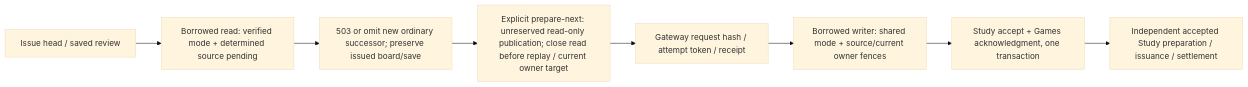
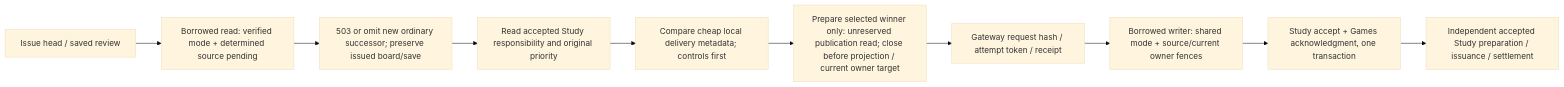
The sixth of 7 diagrams in backend/app/product_composition/README.md (aaweaver-actuary/tempo), drawn with Mermaid (base theme) before and after one commit. The commit also changed other lines of this file and 7 other files, not shown here.

````diff
--- a/backend/app/product_composition/README.md
+++ b/backend/app/product_composition/README.md
@@ -430,10 +430,12 @@
 ```mermaid
 flowchart LR
   Head["Issue head / saved review"] --> Hint["Borrowed read: verified mode + determined source pending"]
   Hint --> Pending["503 or omit new ordinary successor; preserve issued board/save"]
-  Pending --> Prepare["Explicit prepare-next: unreserved read-only publication; close read before replay / current owner target"]
+  Pending --> Select["Read accepted Study responsibility and original priority"]
+  Select --> Choice["Compare cheap local delivery metadata; controls first"]
+  Choice --> Prepare["Prepare selected winner only: unreserved publication read; close before projection / current owner target"]
   Prepare --> Fence["Gateway request hash / attempt token / receipt"]
   Fence --> Apply["Borrowed writer: shared mode + source/current owner fences"]
   Apply --> Accept["Study accept + Games acknowledgment, one transaction"]
   Accept --> Study["Independent accepted Study preparation / issuance / settlement"]
 ```
````
